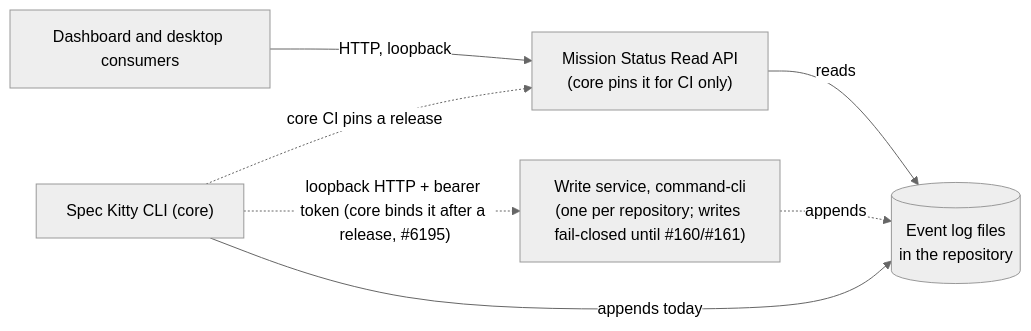
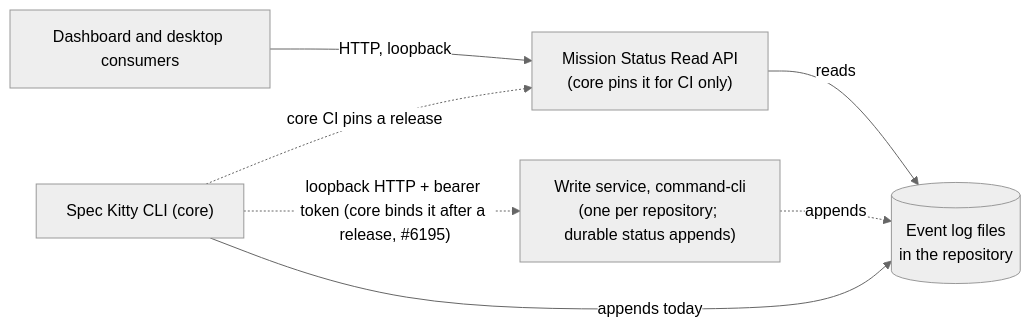
One commit to spec-kitty/spec-kitty-events changed the first of 3 diagrams in docs/architecture/services/overview.md. Above: the diagram before and after it, drawn with Mermaid (neutral theme). The commit also changed other lines of this file and 565 other files, not shown here.

First line of the commit message:
Write core: durable byte-exact status appends, the lane authority and the cut-over (#160, #161, #155) (#230)

````diff
--- a/docs/architecture/services/overview.md
+++ b/docs/architecture/services/overview.md
@@ -43,14 +46,14 @@
 ```mermaid
 flowchart LR
   cli["Spec Kitty CLI (core)"]
   ui["Dashboard and desktop consumers"]
   read["Mission Status Read API<br/>(core pins it for CI only)"]
-  write["Write service, command-cli<br/>(one per repository; writes fail-closed until #160/#161)"]
+  write["Write service, command-cli<br/>(one per repository; durable status appends)"]
   logs[("Event log files<br/>in the repository")]
   ui -->|HTTP, loopback| read
   cli -.->|"core CI pins a release"| read
   cli -.->|"loopback HTTP + bearer token (core binds it after a release, #6195)"| write
   read -->|reads| logs
   write -.->|appends| logs
   cli -->|appends today| logs
 ```
````
